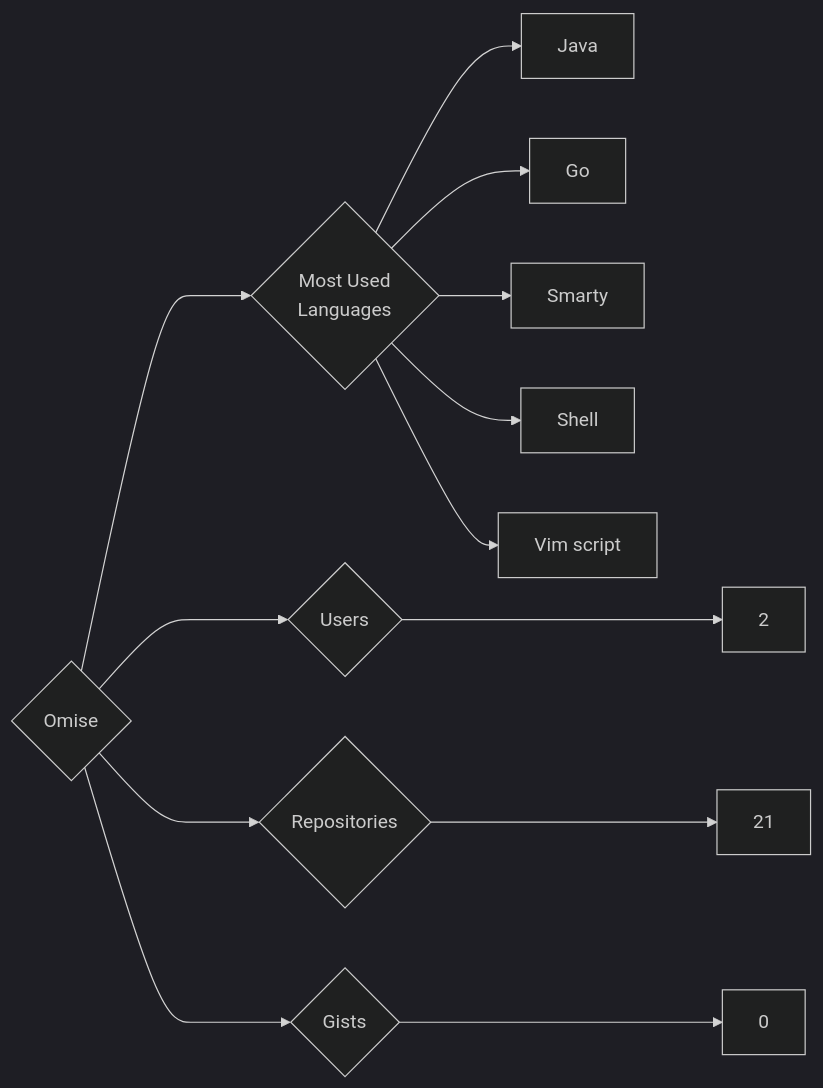
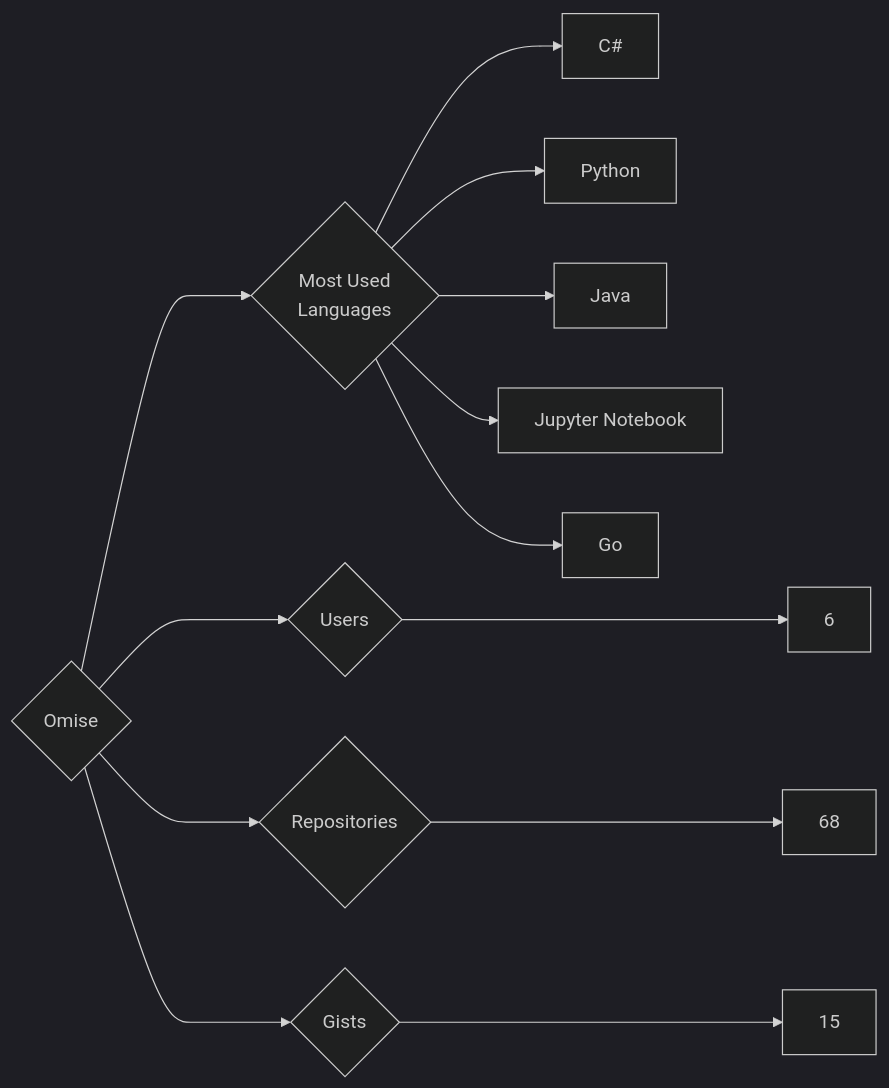
One commit to trickest/insiders changed the diagram in targets/Omise/README.md. Above: the diagram before and after it, drawn with Mermaid (dark theme). The commit also changed 940 other files, not shown here.

````diff
--- a/targets/Omise/README.md
+++ b/targets/Omise/README.md
@@ -3,13 +3,13 @@
 ```mermaid
 graph LR
 COMPANY_NAME{Omise}
-COMPANY_NAME ---> U{Users} ---> UN[2]
-COMPANY_NAME ---> R{Repositories} ---> RN[21]
-COMPANY_NAME ---> G{Gists} ---> GN[0]
+COMPANY_NAME ---> U{Users} ---> UN[6]
+COMPANY_NAME ---> R{Repositories} ---> RN[68]
+COMPANY_NAME ---> G{Gists} ---> GN[15]
 COMPANY_NAME ---> ML{Most Used<br>Languages}
+ML --> C#[C#]
+ML --> Python[Python]
 ML --> Java[Java]
+ML --> Jupyter_Notebook[Jupyter Notebook]
 ML --> Go[Go]
-ML --> Smarty[Smarty]
-ML --> Shell[Shell]
-ML --> Vim_script[Vim script]
 ```
````
